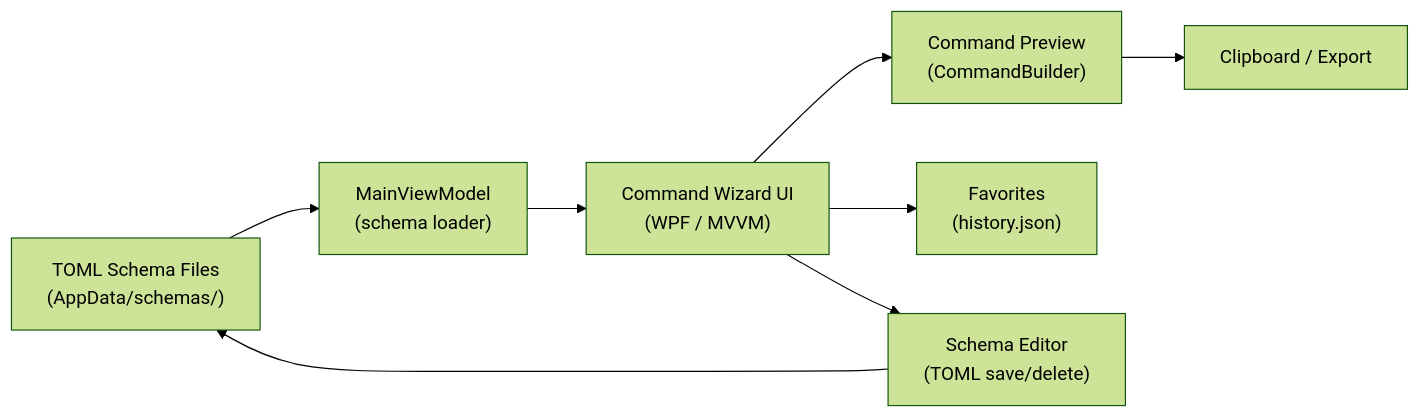
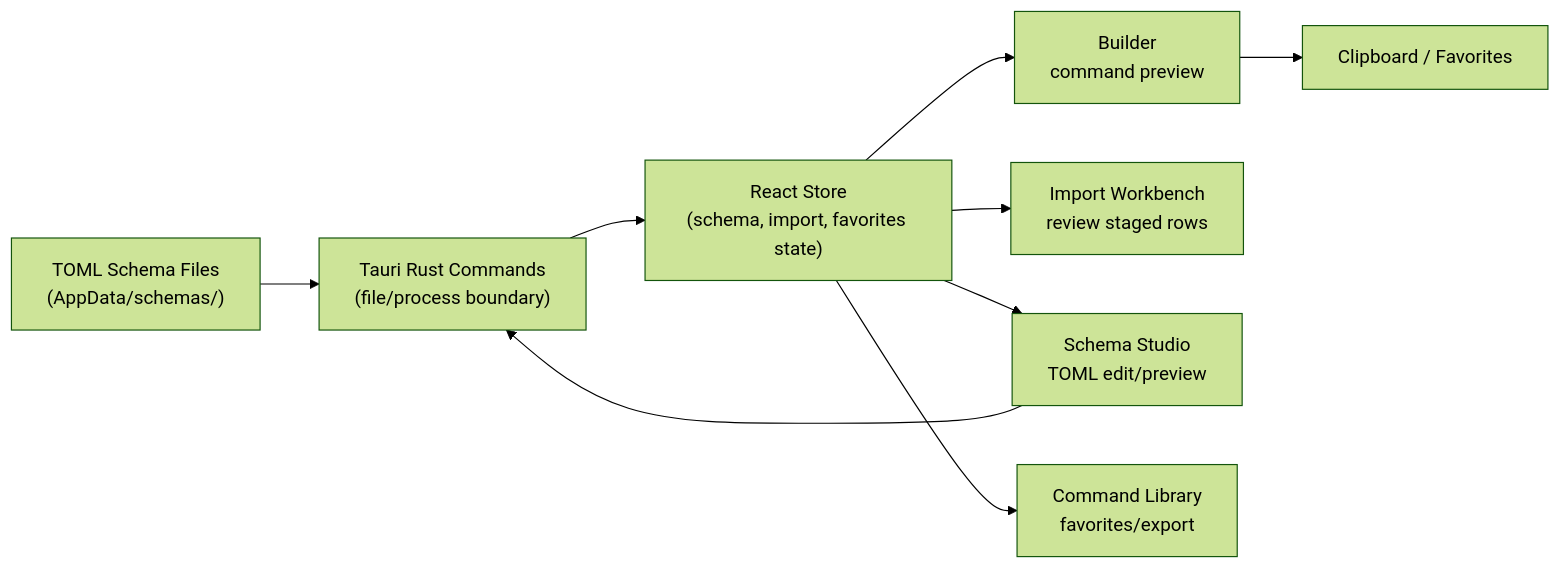
The diagram in README.md (APTlantis/Command-Wizard), drawn with Mermaid (forest theme) before and after one commit. The commit also changed other lines of this file and 53 other files, not shown here.

Commit message:
Add initial project structure with Tauri, React, and TypeScript setup

````diff
--- a/README.md
+++ b/README.md
@@ -48,10 +52,11 @@
 ```mermaid
 flowchart LR
-    A["TOML Schema Files\n(AppData/schemas/)"] --> B["MainViewModel\n(schema loader)"]
-    B --> C["Command Wizard UI\n(WPF / MVVM)"]
-    C --> D["Command Preview\n(CommandBuilder)"]
-    C --> E["Favorites\n(history.json)"]
-    C --> F["Schema Editor\n(TOML save/delete)"]
-    F --> A
-    D --> G["Clipboard / Export"]
+    A["TOML Schema Files\n(AppData/schemas/)"] --> B["Tauri Rust Commands\n(file/process boundary)"]
+    B --> C["React Store\n(schema, import, favorites state)"]
+    C --> D["Builder\ncommand preview"]
+    C --> E["Import Workbench\nreview staged rows"]
+    C --> F["Schema Studio\nTOML edit/preview"]
+    C --> G["Command Library\nfavorites/export"]
+    F --> B
+    D --> H["Clipboard / Favorites"]
 ```
````
